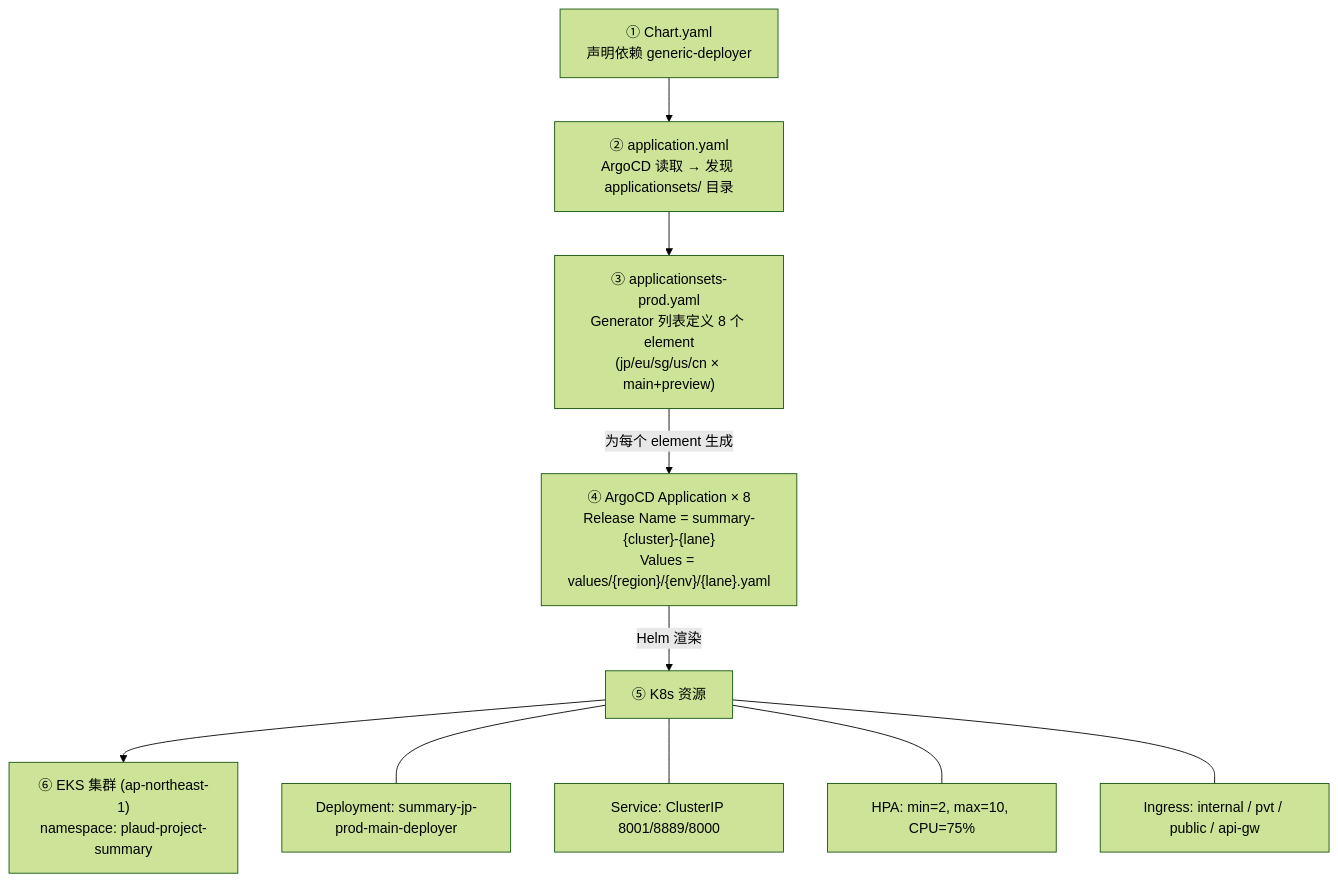
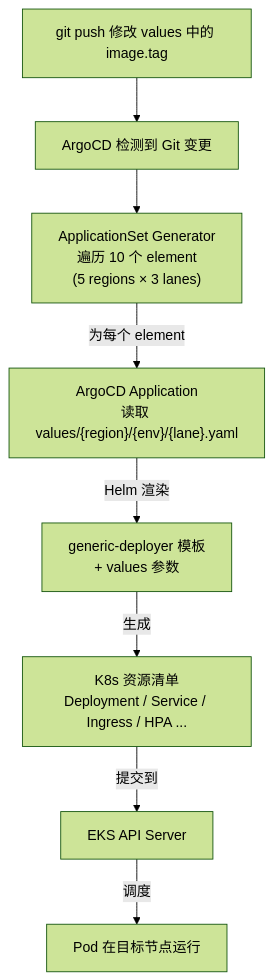
The diagram in infra/k8s-learning/10-helm-argocd-deployment.md (pillarliang/study-notes), drawn with Mermaid (forest theme) before and after one commit. The commit also changed other lines of this file and 12 other files, not shown here.

````diff
--- a/infra/k8s-learning/10-helm-argocd-deployment.md
+++ b/infra/k8s-learning/10-helm-argocd-deployment.md
@@ -882,13 +667,10 @@
 ```mermaid
 flowchart TD
-    A["① Chart.yaml<br/>声明依赖 generic-deployer"] --> B["② application.yaml<br/>ArgoCD 读取 → 发现 applicationsets/ 目录"]
-    B --> C["③ applicationsets-prod.yaml<br/>Generator 列表定义 8 个 element<br/>(jp/eu/sg/us/cn × main+preview)"]
-    C -->|为每个 element 生成| D["④ ArgoCD Application × 8<br/>Release Name = summary-{cluster}-{lane}<br/>Values = values/{region}/{env}/{lane}.yaml"]
-    D -->|Helm 渲染| E["⑤ K8s 资源"]
-    E --> F["⑥ EKS 集群 (ap-northeast-1)<br/>namespace: plaud-project-summary"]
-
-    E --- E1["Deployment: summary-jp-prod-main-deployer"]
-    E --- E2["Service: ClusterIP 8001/8889/8000"]
-    E --- E3["HPA: min=2, max=10, CPU=75%"]
-    E --- E4["Ingress: internal / pvt / public / api-gw"]
+    A["git push 修改 values 中的 image.tag"] --> B["ArgoCD 检测到 Git 变更"]
+    B --> C["ApplicationSet Generator<br/>遍历 10 个 element<br/>(5 regions × 3 lanes)"]
+    C -->|为每个 element| D["ArgoCD Application<br/>读取 values/{region}/{env}/{lane}.yaml"]
+    D -->|Helm 渲染| E["generic-deployer 模板<br/>+ values 参数"]
+    E -->|生成| F["K8s 资源清单<br/>Deployment / Service / Ingress / HPA ..."]
+    F -->|提交到| G["EKS API Server"]
+    G -->|调度| H["Pod 在目标节点运行"]
 ```
````
